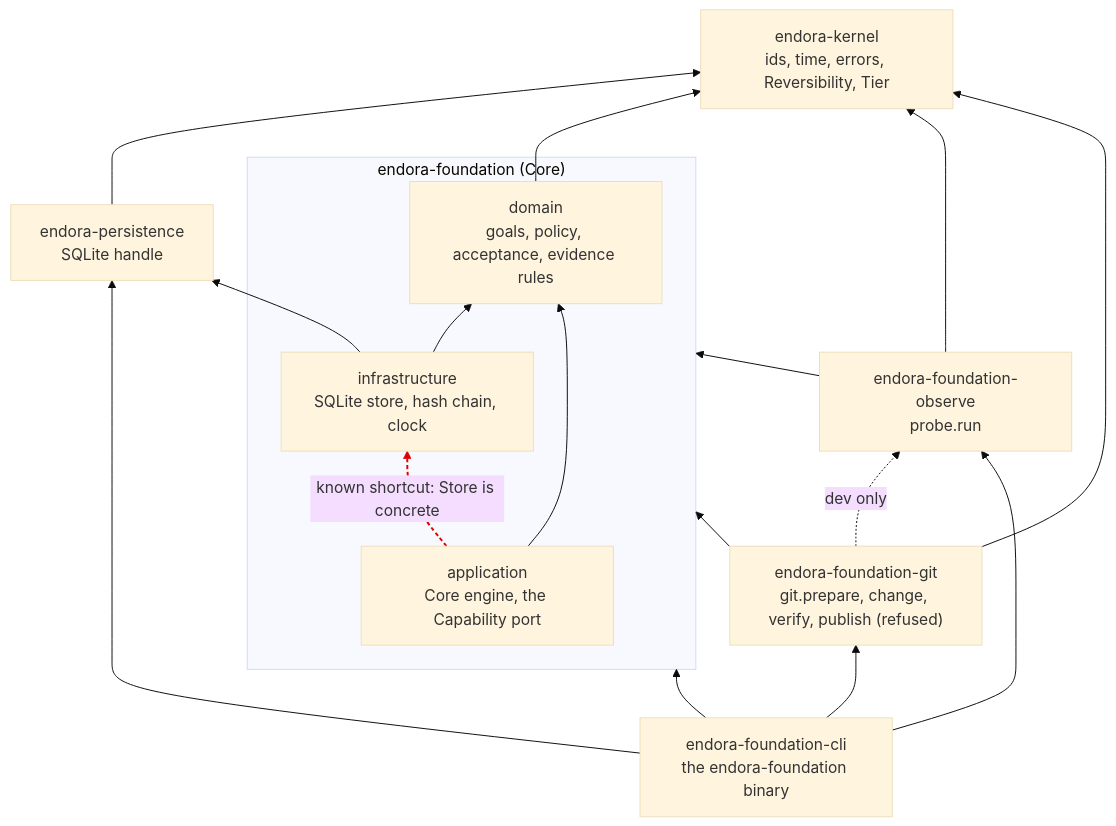
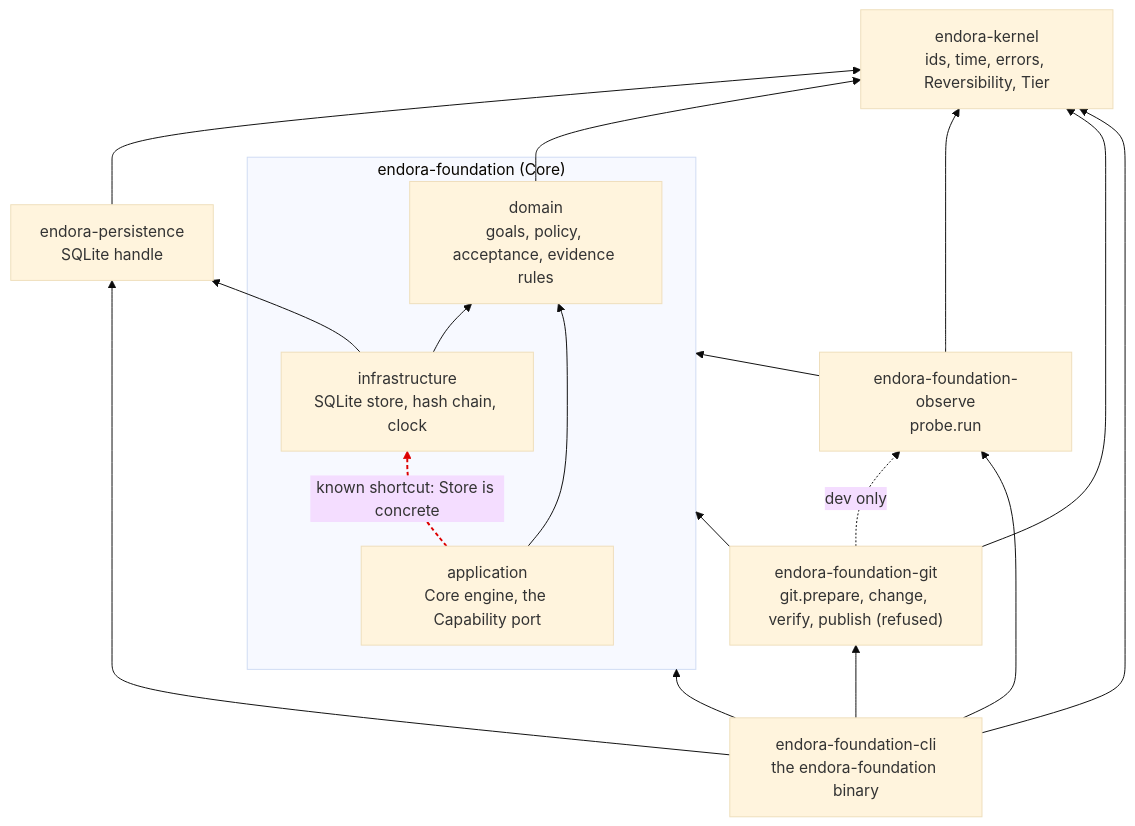
The diagram in README.md (RusticPotatos/endora-core), drawn with Mermaid (base theme) before and after one commit. The commit also changed other lines of this file and 7 other files, not shown here.

````diff
--- a/README.md
+++ b/README.md
@@ -75,29 +75,30 @@
 ```mermaid
 flowchart BT
   kernel["endora-kernel<br/>ids, time, errors, Reversibility, Tier"]
   persistence["endora-persistence<br/>SQLite handle"]
   subgraph corebox["endora-foundation (Core)"]
     domain["domain<br/>goals, policy, acceptance, evidence rules"]
     infra["infrastructure<br/>SQLite store, hash chain, clock"]
     app["application<br/>Core engine, the Capability port"]
   end
   observe["endora-foundation-observe<br/>probe.run"]
   git["endora-foundation-git<br/>git.prepare, change, verify, publish (refused)"]
   cli["endora-foundation-cli<br/>the endora-foundation binary"]
   persistence --> kernel
   domain --> kernel
   infra --> domain
   infra --> persistence
   app --> domain
   app -. "known shortcut: Store is concrete" .-> infra
   observe --> corebox
   observe --> kernel
   git --> corebox
   git --> kernel
   git -. "dev only" .-> observe
   cli --> corebox
   cli --> git
   cli --> observe
   cli --> persistence
+  cli --> kernel
   linkStyle 5 stroke:#d00,stroke-width:2px,stroke-dasharray:4 3
 ```
````
